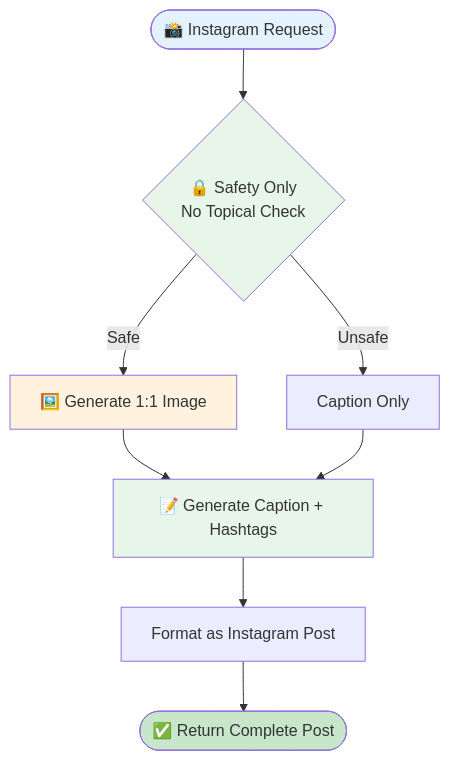
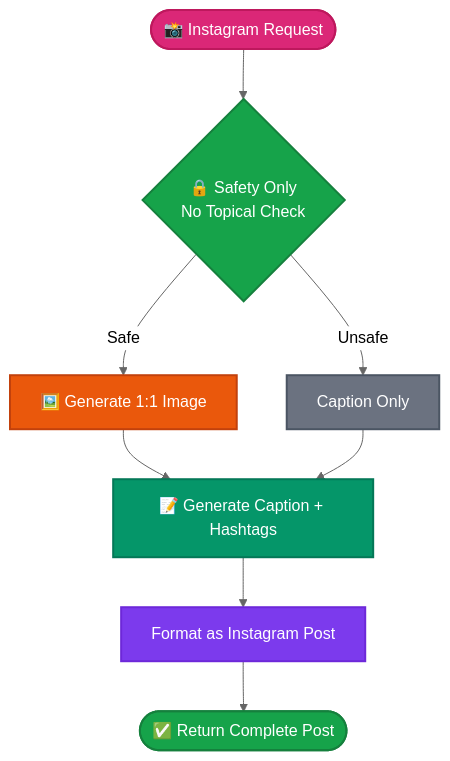
One commit to jayanthanantharaman/reach changed the third of 3 diagrams in docs/langgraph_flowchart.md. Above: the diagram before and after it, drawn with Mermaid. The commit also changed other lines of this file and 2 other files, not shown here.

Commit message:
REACH - Update mermaid diagrams

````diff
--- a/docs/langgraph_flowchart.md
+++ b/docs/langgraph_flowchart.md
@@ -147,16 +160,19 @@
 ```mermaid
+%%{init: {'theme': 'neutral'}}%%
 flowchart TD
     START([📸 Instagram Request]) --> CHECK{🔒 Safety Only<br/>No Topical Check}
     CHECK -->|Safe| IMAGE[🖼️ Generate 1:1 Image]
     CHECK -->|Unsafe| CAPTION_ONLY[Caption Only]
     IMAGE --> CAPTION[📝 Generate Caption + Hashtags]
     CAPTION_ONLY --> CAPTION
     CAPTION --> FORMAT[Format as Instagram Post]
     FORMAT --> RETURN([✅ Return Complete Post])
     
-    style START fill:#e3f2fd
-    style CHECK fill:#e8f5e9
-    style IMAGE fill:#fff3e0
-    style CAPTION fill:#e8f5e9
-    style RETURN fill:#c8e6c9
+    style START fill:#db2777,stroke:#be185d,stroke-width:2px,color:#fff
+    style CHECK fill:#16a34a,stroke:#15803d,stroke-width:2px,color:#fff
+    style IMAGE fill:#ea580c,stroke:#c2410c,stroke-width:2px,color:#fff
+    style CAPTION_ONLY fill:#6b7280,stroke:#4b5563,stroke-width:2px,color:#fff
+    style CAPTION fill:#059669,stroke:#047857,stroke-width:2px,color:#fff
+    style FORMAT fill:#7c3aed,stroke:#6d28d9,stroke-width:2px,color:#fff
+    style RETURN fill:#16a34a,stroke:#15803d,stroke-width:2px,color:#fff
 ```
````
